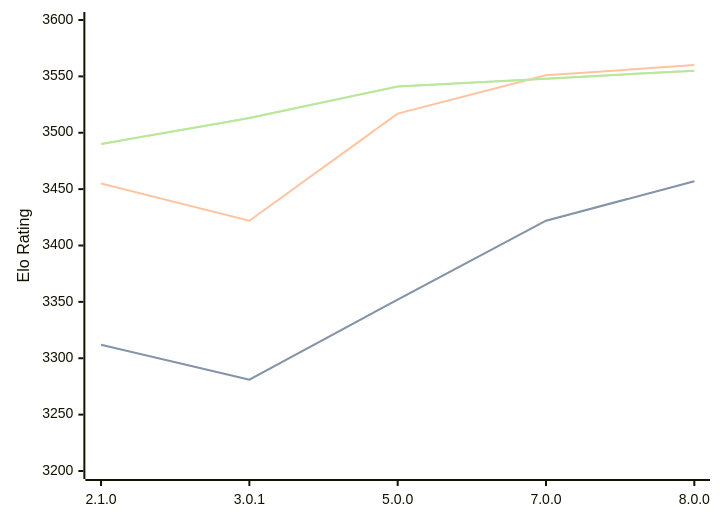
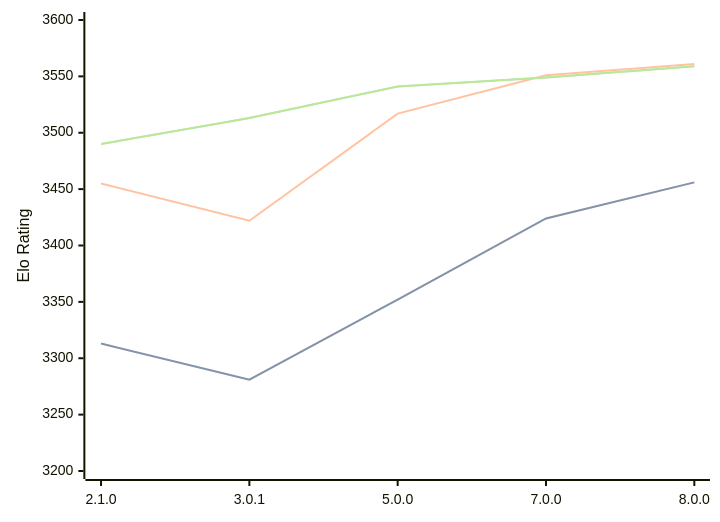
One commit to computer-chess-index/cci changed the diagram in engines/PlentyChess.md. Above: the diagram before and after it, drawn with Mermaid. The commit also changed other lines of this file, not shown here.

Commit message:
Update CCI Ratings (ELO VLTC) - 2026-07-19

````diff
--- a/engines/PlentyChess.md
+++ b/engines/PlentyChess.md
@@ -46,11 +46,11 @@
 ```mermaid
 %%{init: {"theme":"base","themeVariables":{"seriesColors:['#a3a3a3','#222221','#faa371']}}}%%
 xychart-beta
   x-axis ["2.1.0", "3.0.1", "5.0.0", "7.0.0", "8.0.0"]
   y-axis "Elo Rating" 3200 --> 3600
-  line "STC (8.0+0.08s)" [3312, 3281, 3352, 3422, 3457]
-  line "STC (8.0+0.08s)" [3312, 3281, 3352, 3422, 3457]
-  line "LTC (60.0+0.60s)" [3455, 3422, 3517, 3551, 3560]
-  line "VLTC (2m24s+1.12s)" [3490, 3513, 3541, 3548, 3555]
-  line "VLTC (2m24s+1.12s)" [3490, 3513, 3541, 3548, 3555]
+  line "STC (8.0+0.08s)" [3313, 3281, 3352, 3424, 3456]
+  line "STC (8.0+0.08s)" [3313, 3281, 3352, 3424, 3456]
+  line "LTC (60.0+0.60s)" [3455, 3422, 3517, 3551, 3561]
+  line "VLTC (2m24s+1.12s)" [3490, 3513, 3541, 3549, 3559]
+  line "VLTC (2m24s+1.12s)" [3490, 3513, 3541, 3549, 3559]
 ```
````
